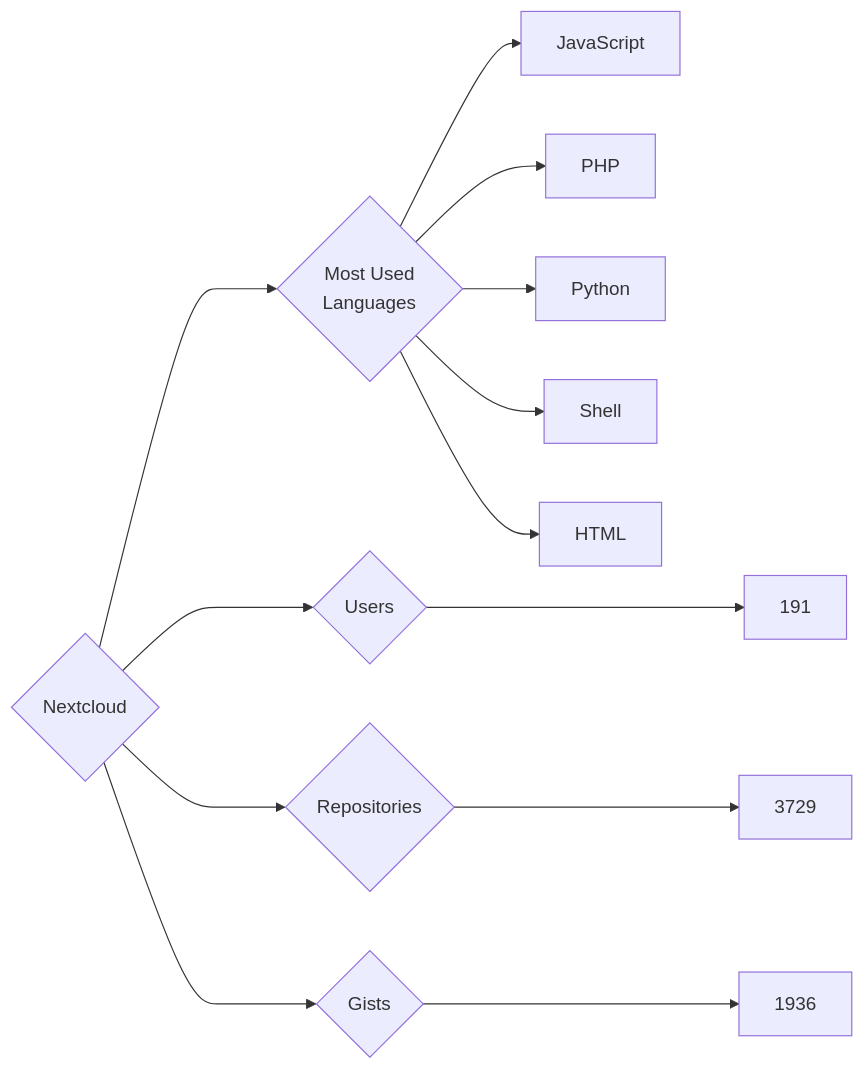
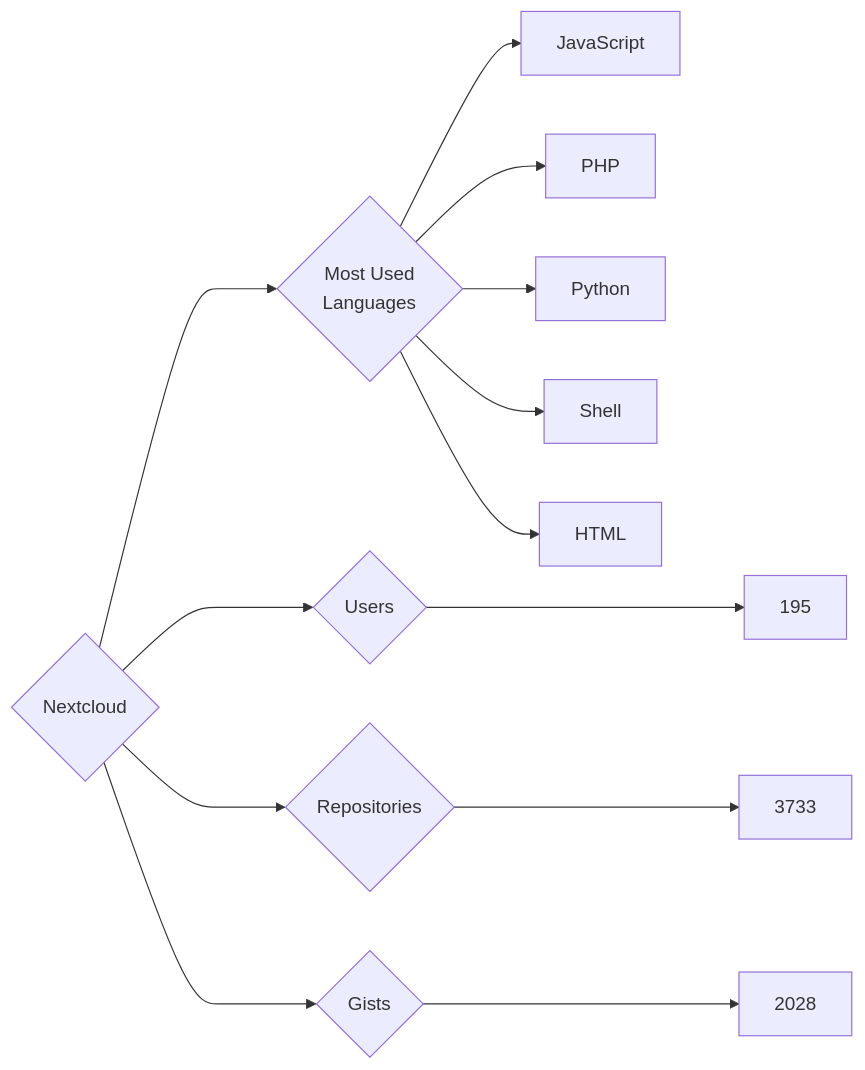
Before and after one commit to trickest/insiders: the diagram in targets/Nextcloud/README.md, drawn with Mermaid. The commit also changed 1389 other files, not shown here.

````diff
--- a/targets/Nextcloud/README.md
+++ b/targets/Nextcloud/README.md
@@ -3,13 +3,13 @@
 ```mermaid
 graph LR
 COMPANY_NAME{Nextcloud}
-COMPANY_NAME ---> U{Users} ---> UN[191]
-COMPANY_NAME ---> R{Repositories} ---> RN[3729]
-COMPANY_NAME ---> G{Gists} ---> GN[1936]
+COMPANY_NAME ---> U{Users} ---> UN[195]
+COMPANY_NAME ---> R{Repositories} ---> RN[3733]
+COMPANY_NAME ---> G{Gists} ---> GN[2028]
 COMPANY_NAME ---> ML{Most Used<br>Languages}
 ML --> JavaScript[JavaScript]
 ML --> PHP[PHP]
 ML --> Python[Python]
 ML --> Shell[Shell]
 ML --> HTML[HTML]
 ```
````
